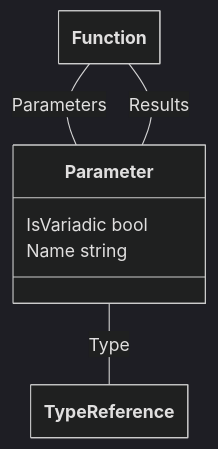
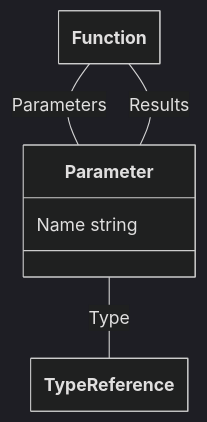
Before and after one commit to theunrepentantgeek/crddoc: diagram 11 of 17 in docs/model/model.md, drawn with Mermaid (dark theme). The commit also changed other lines of this file and 3 other files, not shown here.

````diff
--- a/docs/model/model.md
+++ b/docs/model/model.md
@@ -639,25 +639,24 @@
 ```mermaid
 ---
   config:
     class:
       hideEmptyMembersBox: true
 ---
 classDiagram
 
 class Parameter["Parameter"]{  
-      IsVariadic bool  
       Name string
 
 
 } 
 
 Function -- Parameter : Parameters 
 Function -- Parameter : Results 
 
 Parameter -- TypeReference : Type 
 
 class Function["Function"]
 class Function["Function"]
 class TypeReference["TypeReference"]
 
 ```
````
